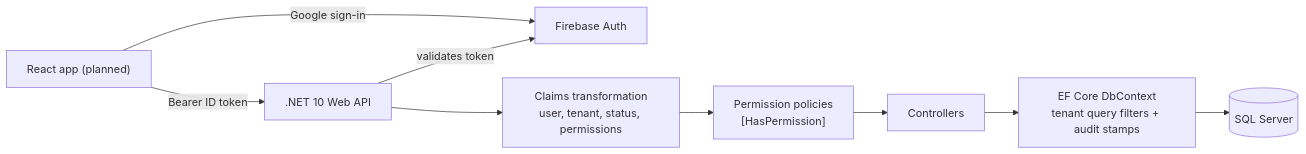
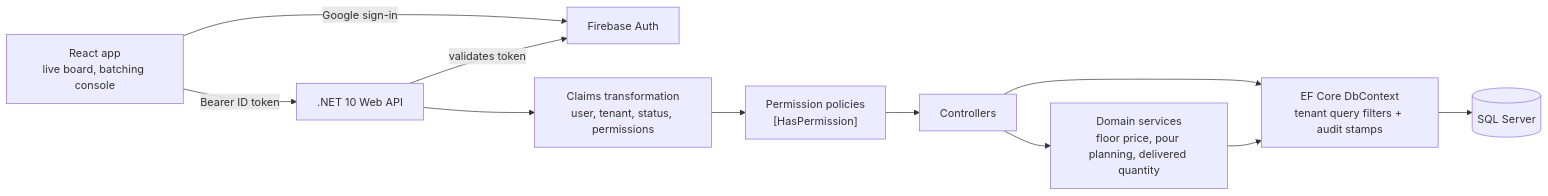
The diagram in README.md (S-a-b-b-i-R/plantFlow), drawn with Mermaid before and after one commit. The commit also changed other lines of this file and 1 other file, not shown here.

````diff
--- a/README.md
+++ b/README.md
@@ -35,11 +63,13 @@
 ```mermaid
 flowchart LR
-    Browser["React app (planned)"] -- "Google sign-in" --> Firebase[Firebase Auth]
+    Browser["React app<br/>live board, batching console"] -- "Google sign-in" --> Firebase[Firebase Auth]
     Browser -- "Bearer ID token" --> API[".NET 10 Web API"]
     API -- "validates token" --> Firebase
     API --> Claims["Claims transformation<br/>user, tenant, status, permissions"]
     Claims --> Policies["Permission policies<br/>[HasPermission]"]
     Policies --> Controllers
+    Controllers --> Services["Domain services<br/>floor price, pour planning, delivered quantity"]
     Controllers --> DbContext["EF Core DbContext<br/>tenant query filters + audit stamps"]
+    Services --> DbContext
     DbContext --> SQL[("SQL Server")]
 ```
````
